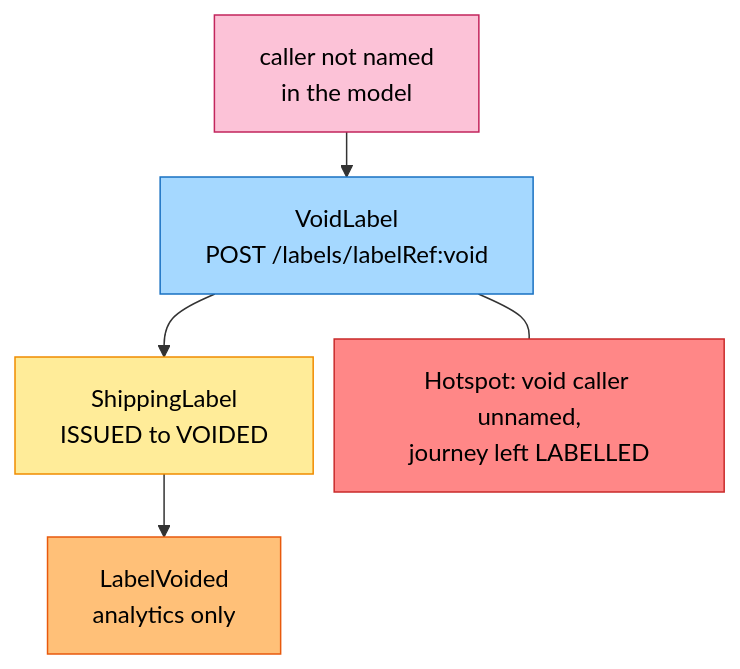
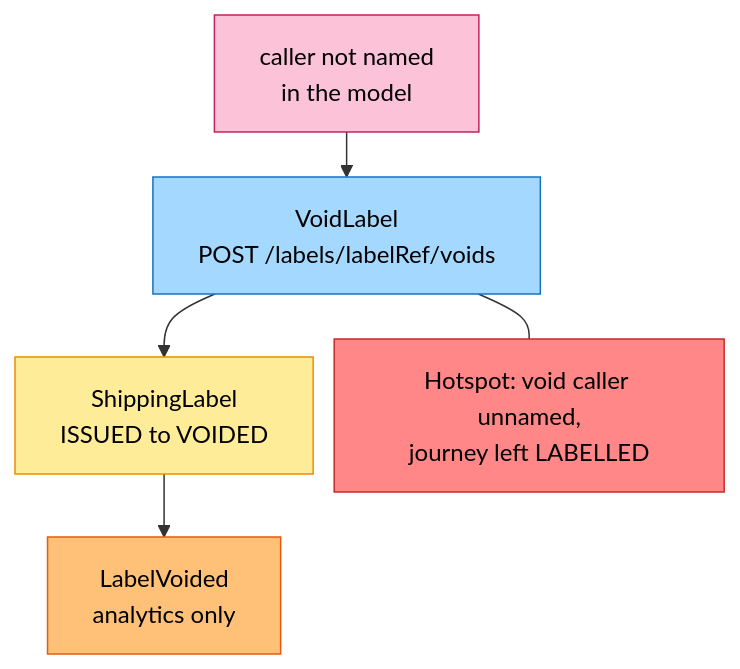
Before and after one commit to IQVO/warehouse-docs: the second of 5 diagrams in network/docs/contexts/shipping-and-tracking/eventstorming.md, drawn with Mermaid. The commit also changed other lines of this file and 272 other files, not shown here.

````diff
--- a/network/docs/contexts/shipping-and-tracking/eventstorming.md
+++ b/network/docs/contexts/shipping-and-tracking/eventstorming.md
@@ -82,20 +82,20 @@
 ```mermaid
 %%{init: {"flowchart": {"nodeSpacing": 14, "rankSpacing": 30}}}%%
 flowchart TB
     U["caller not named<br/>in the model"]:::external
-    C3["VoidLabel<br/>POST /labels/labelRef:void"]:::command
+    C3["VoidLabel<br/>POST /labels/labelRef/voids"]:::command
     G1["ShippingLabel<br/>ISSUED to VOIDED"]:::aggregate
     E2["LabelVoided<br/>analytics only"]:::event
     H4["Hotspot: void caller unnamed,<br/>journey left LABELLED"]:::hotspot
     U --> C3
     C3 --> G1
     G1 --> E2
     C3 --- H4
     classDef command fill:#a5d8ff,stroke:#1971c2,color:#000
     classDef aggregate fill:#ffec99,stroke:#f08c00,color:#000
     classDef event fill:#ffc078,stroke:#e8590c,color:#000
     classDef policy fill:#d0bfff,stroke:#7048e8,color:#000
     classDef readmodel fill:#b2f2bb,stroke:#2f9e44,color:#000
     classDef external fill:#fcc2d7,stroke:#c2255c,color:#000
     classDef hotspot fill:#ff8787,stroke:#c92a2a,color:#000
 ```
````
